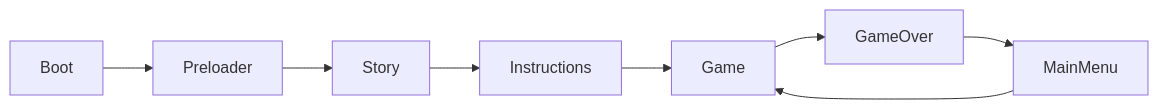
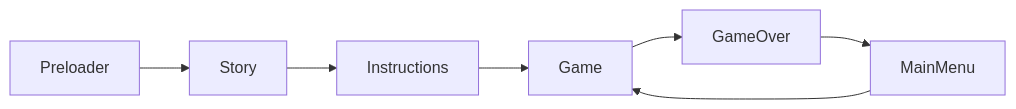
The first of 2 diagrams in AGENTS.md (sea2709/wizard-game), drawn with Mermaid before and after one commit. The commit also changed other lines of this file and 9 other files, not shown here.

````diff
--- a/AGENTS.md
+++ b/AGENTS.md
@@ -62,10 +61,9 @@
 ```mermaid
 flowchart LR
-    Boot --> Preloader
     Preloader --> Story
     Story --> Instructions
     Instructions --> Game
     MainMenu --> Game
     Game --> GameOver
     GameOver --> MainMenu
 ```
````
